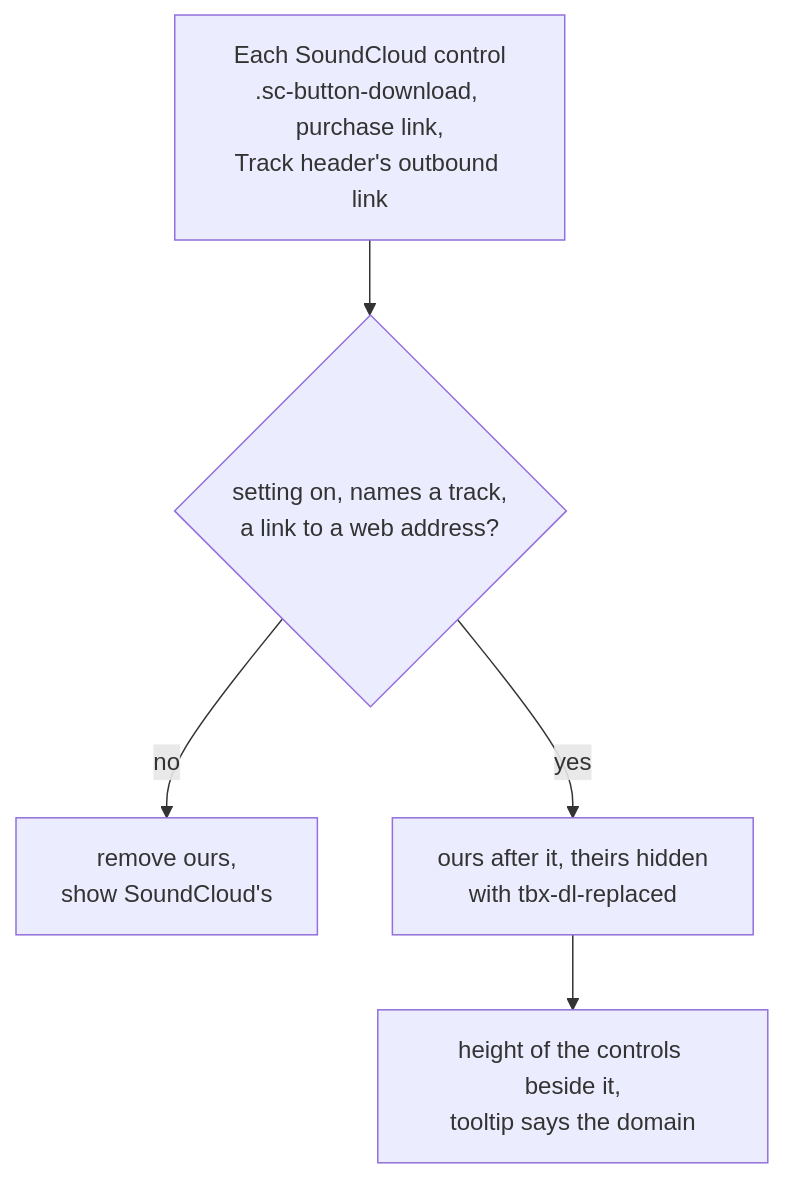
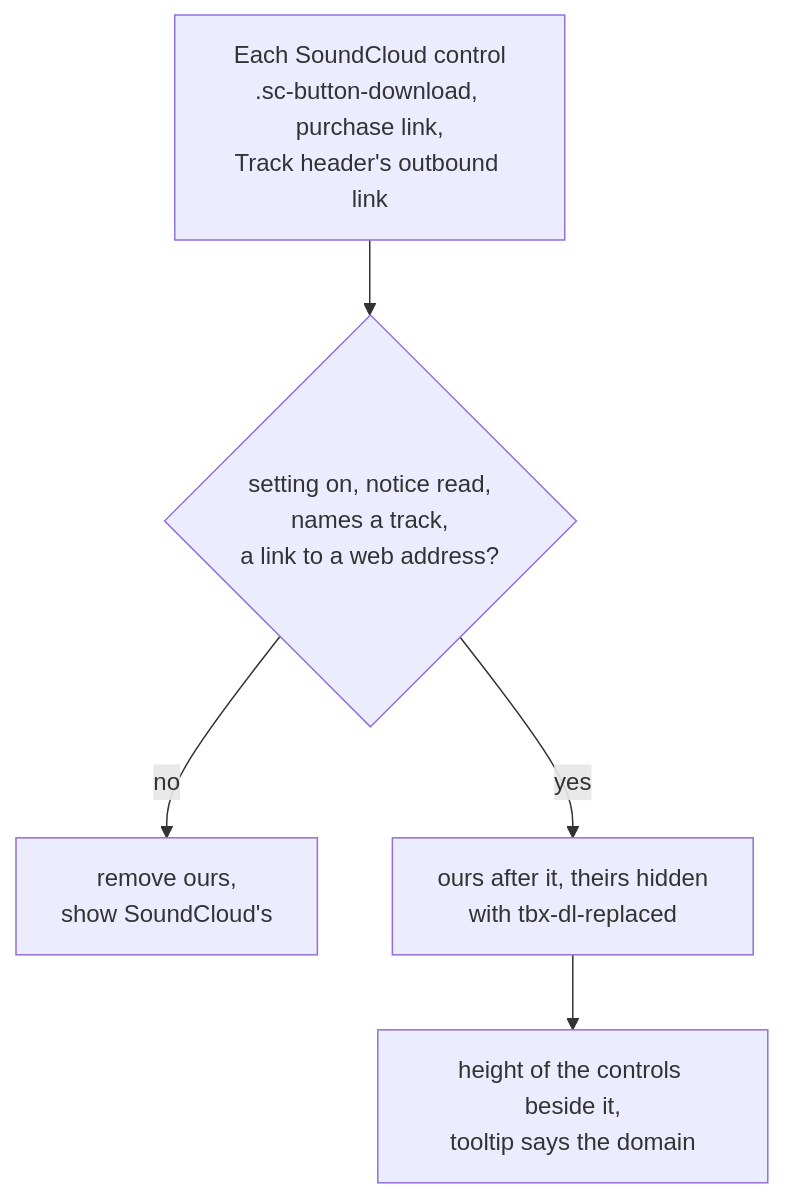
The seventh of 11 diagrams in apps/localtoolbox/docs/diagrams/content-script.md (cutenode/localnetwork), drawn with Mermaid before and after one commit. The commit also changed other lines of this file and 13 other files, not shown here.

````diff
--- a/apps/localtoolbox/docs/diagrams/content-script.md
+++ b/apps/localtoolbox/docs/diagrams/content-script.md
@@ -183,13 +183,13 @@
 ```mermaid
 flowchart TD
   Native["Each SoundCloud control<br/>.sc-button-download, purchase link,<br/>Track header's outbound link"]
-  Plan{"setting on, names a track,<br/>a link to a web address?"}
+  Plan{"setting on, notice read,<br/>names a track,<br/>a link to a web address?"}
   Restore["remove ours,<br/>show SoundCloud's"]
   Ours["ours after it, theirs hidden<br/>with tbx-dl-replaced"]
   Fit["height of the controls beside it,<br/>tooltip says the domain"]
 
   Native --> Plan
   Plan -->|no| Restore
   Plan -->|yes| Ours
   Ours --> Fit
 ```
````
